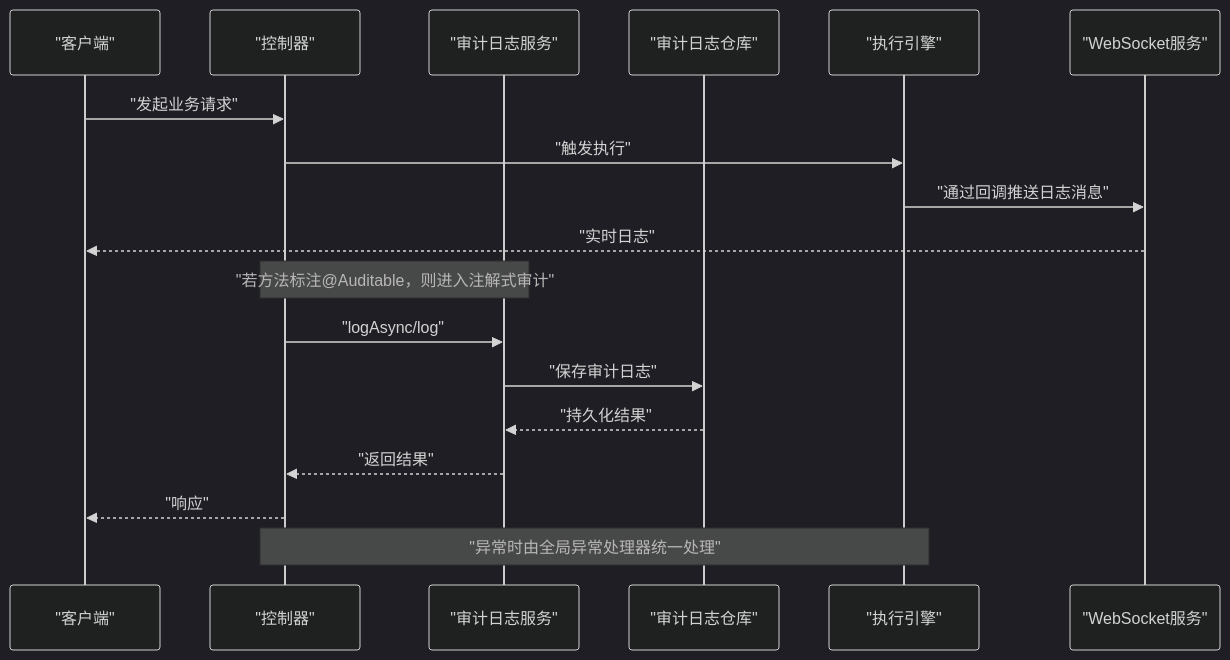
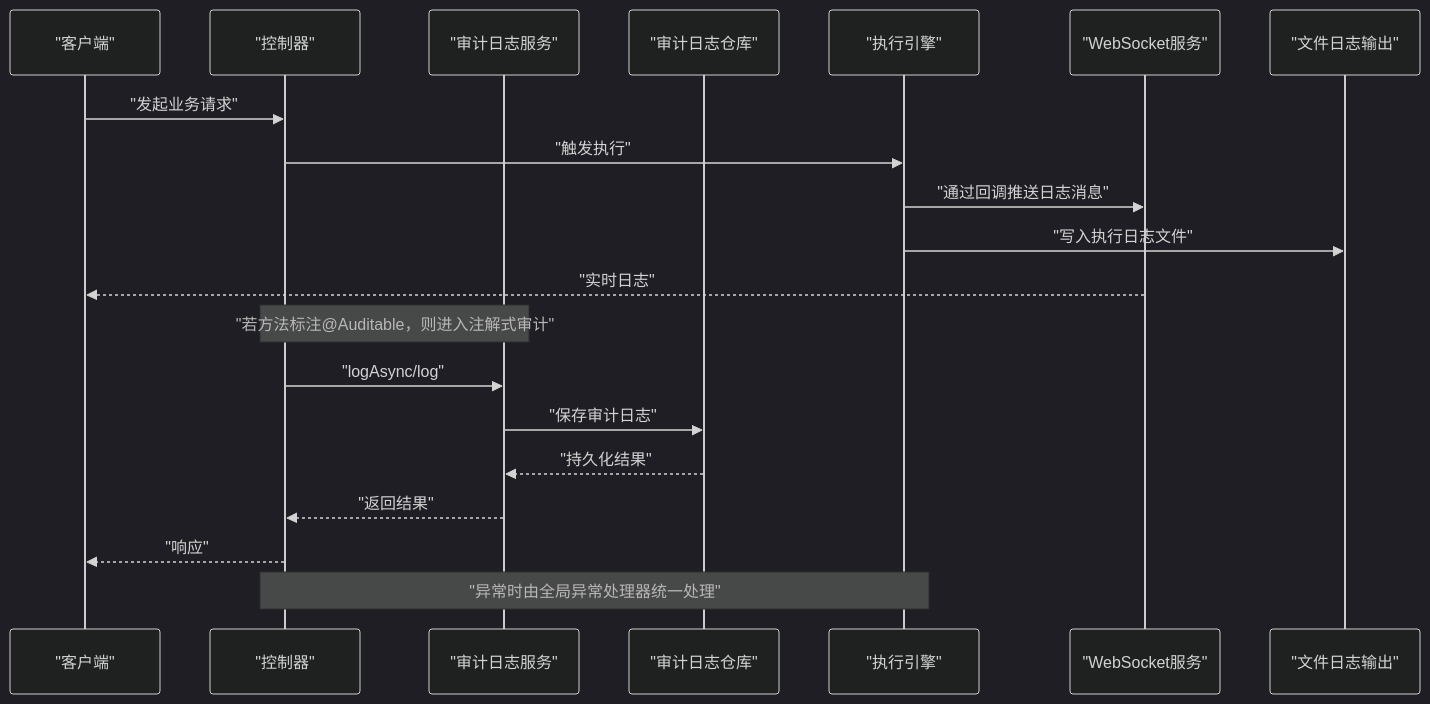
The second of 6 diagrams in .qoder/repowiki/zh/content/部署与运维/监控与日志.md (zzjxmy/mysql-risk-filed-check), drawn with Mermaid (dark theme) before and after one commit. The commit also changed other lines of this file and 6 other files, not shown here.

````diff
--- a/.qoder/repowiki/zh/content/部署与运维/监控与日志.md
+++ b/.qoder/repowiki/zh/content/部署与运维/监控与日志.md
@@ -125,20 +140,22 @@
 ```mermaid
 sequenceDiagram
 participant C as "客户端"
 participant CTRL as "控制器"
 participant SVC as "审计日志服务"
 participant REP as "审计日志仓库"
 participant ENG as "执行引擎"
 participant WS as "WebSocket服务"
+participant FILE as "文件日志输出"
 C->>CTRL : "发起业务请求"
 CTRL->>ENG : "触发执行"
 ENG->>WS : "通过回调推送日志消息"
+ENG->>FILE : "写入执行日志文件"
 WS-->>C : "实时日志"
 Note over CTRL,SVC : "若方法标注@Auditable，则进入注解式审计"
 CTRL->>SVC : "logAsync/log"
 SVC->>REP : "保存审计日志"
 REP-->>SVC : "持久化结果"
 SVC-->>CTRL : "返回结果"
 CTRL-->>C : "响应"
 Note over CTRL,ENG : "异常时由全局异常处理器统一处理"
 ```
````
